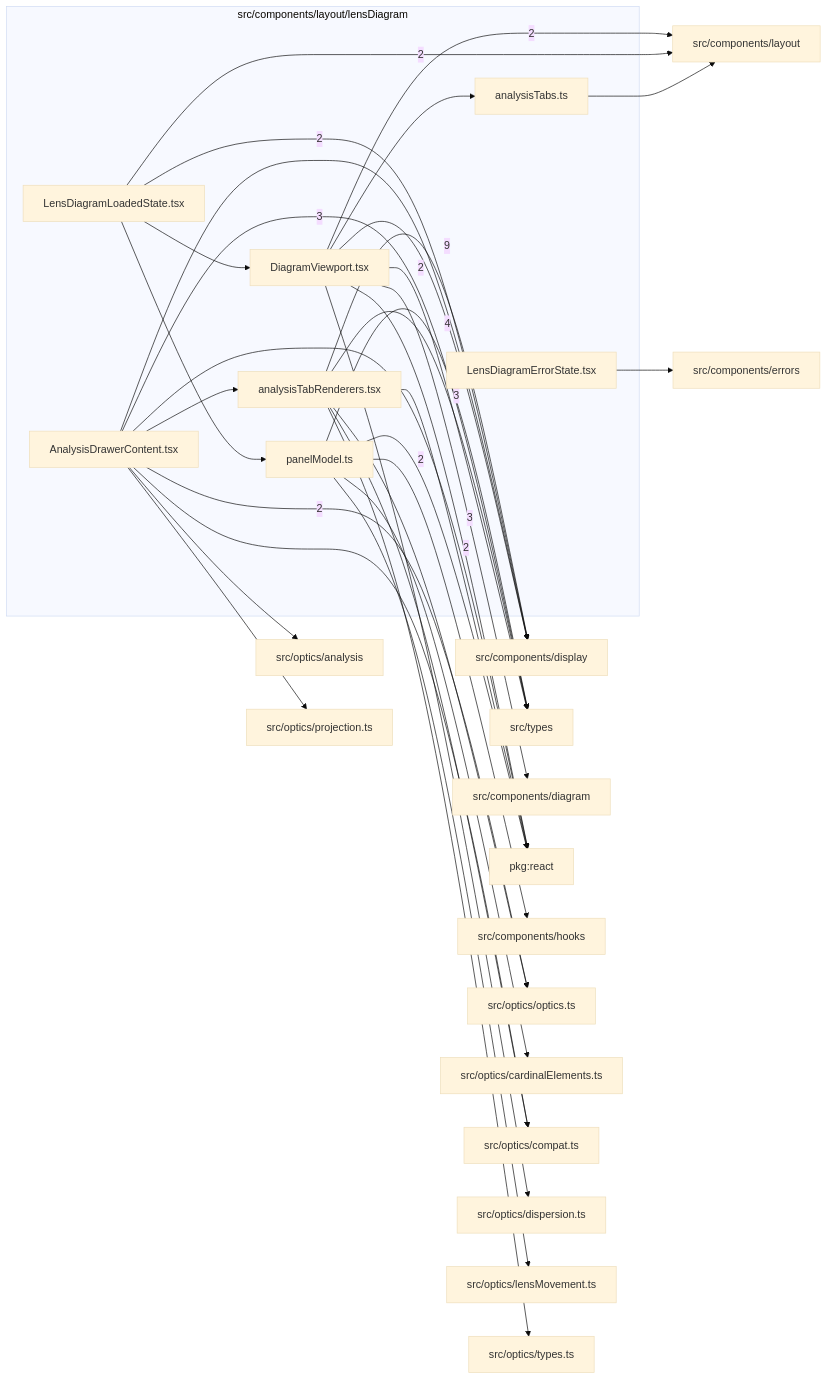
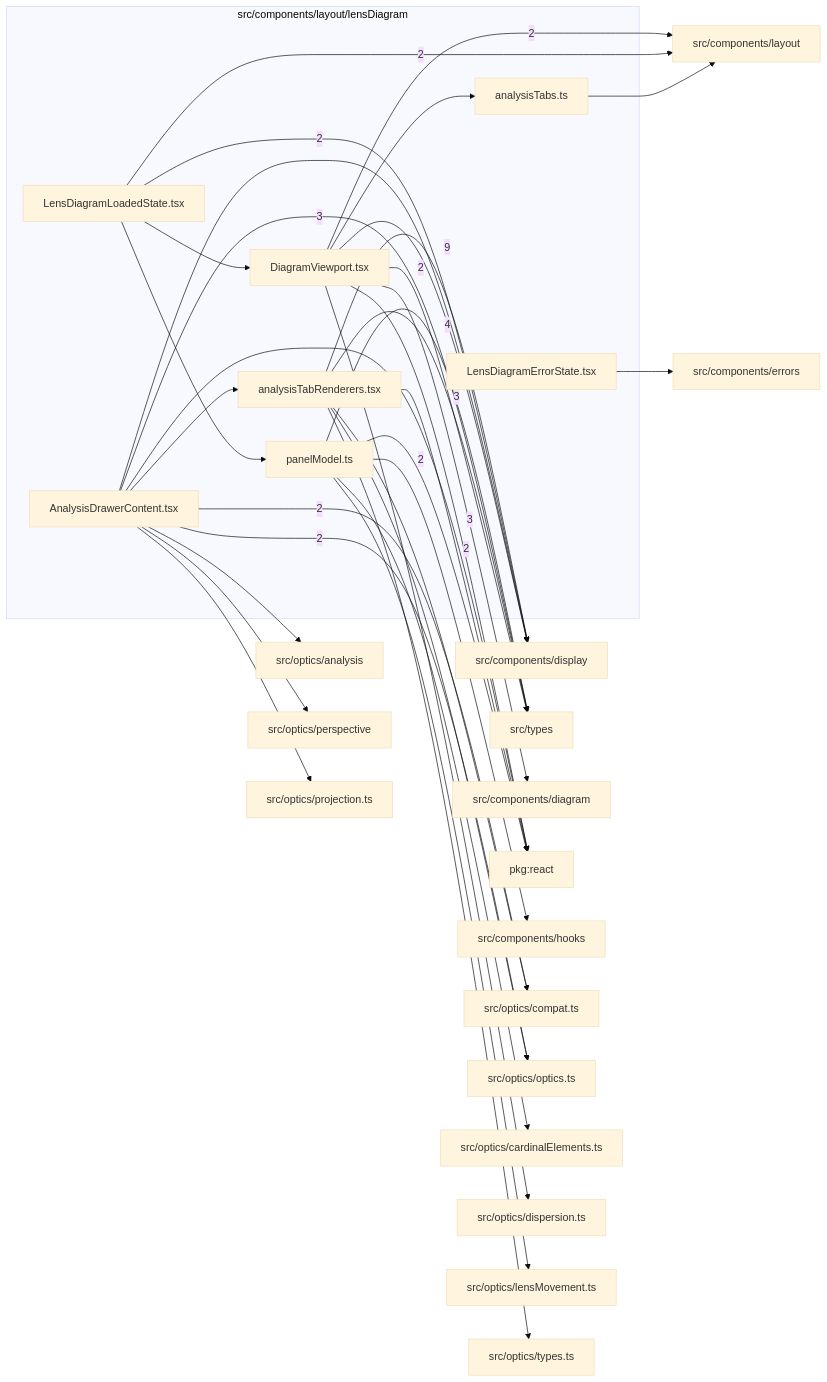
The diagram in src/components/layout/lensDiagram/readme.md (ronbuening/LensVisualizer), drawn with Mermaid (base theme) before and after one commit. The commit also changed other lines of this file and 155 other files, not shown here.

````diff
--- a/src/components/layout/lensDiagram/readme.md
+++ b/src/components/layout/lensDiagram/readme.md
@@ -9,59 +9,61 @@
 ```mermaid
 flowchart LR
   subgraph n_src_components_layout_lensDiagram["src/components/layout/lensDiagram"]
     n_src_components_layout_lensDiagram_src_components_layout_lensDiagram_AnalysisDrawerContent_tsx["AnalysisDrawerContent.tsx"]
     n_src_components_layout_lensDiagram_src_components_layout_lensDiagram_analysisTabRenderers_tsx["analysisTabRenderers.tsx"]
     n_src_components_layout_lensDiagram_src_components_layout_lensDiagram_analysisTabs_ts["analysisTabs.ts"]
     n_src_components_layout_lensDiagram_src_components_layout_lensDiagram_DiagramViewport_tsx["DiagramViewport.tsx"]
     n_src_components_layout_lensDiagram_src_components_layout_lensDiagram_LensDiagramErrorState_tsx["LensDiagramErrorState.tsx"]
     n_src_components_layout_lensDiagram_src_components_layout_lensDiagram_LensDiagramLoadedState_tsx["LensDiagramLoadedState.tsx"]
     n_src_components_layout_lensDiagram_src_components_layout_lensDiagram_panelModel_ts["panelModel.ts"]
   end
   n_external_src_components_display["src/components/display"]
   n_external_src_types["src/types"]
   n_external_src_components_diagram["src/components/diagram"]
   n_external_pkg_react["pkg:react"]
   n_external_src_components_hooks["src/components/hooks"]
   n_external_src_components_layout["src/components/layout"]
+  n_external_src_optics_compat_ts["src/optics/compat.ts"]
   n_external_src_optics_optics_ts["src/optics/optics.ts"]
   n_external_src_components_errors["src/components/errors"]
   n_external_src_optics_analysis["src/optics/analysis"]
   n_external_src_optics_cardinalElements_ts["src/optics/cardinalElements.ts"]
-  n_external_src_optics_compat_ts["src/optics/compat.ts"]
   n_external_src_optics_dispersion_ts["src/optics/dispersion.ts"]
   n_external_src_optics_lensMovement_ts["src/optics/lensMovement.ts"]
+  n_external_src_optics_perspective["src/optics/perspective"]
   n_external_src_optics_projection_ts["src/optics/projection.ts"]
   n_external_src_optics_types_ts["src/optics/types.ts"]
   n_src_components_layout_lensDiagram_src_components_layout_lensDiagram_analysisTabRenderers_tsx --> |9| n_external_src_components_display
   n_src_components_layout_lensDiagram_src_components_layout_lensDiagram_panelModel_ts --> |4| n_external_src_types
   n_src_components_layout_lensDiagram_src_components_layout_lensDiagram_DiagramViewport_tsx --> |3| n_external_src_components_diagram
   n_src_components_layout_lensDiagram_src_components_layout_lensDiagram_AnalysisDrawerContent_tsx --> |3| n_external_src_types
   n_src_components_layout_lensDiagram_src_components_layout_lensDiagram_analysisTabRenderers_tsx --> |3| n_external_src_types
   n_src_components_layout_lensDiagram_src_components_layout_lensDiagram_DiagramViewport_tsx --> |2| n_external_pkg_react
   n_src_components_layout_lensDiagram_src_components_layout_lensDiagram_LensDiagramLoadedState_tsx --> |2| n_external_src_components_display
   n_src_components_layout_lensDiagram_src_components_layout_lensDiagram_panelModel_ts --> |2| n_external_src_components_hooks
   n_src_components_layout_lensDiagram_src_components_layout_lensDiagram_DiagramViewport_tsx --> |2| n_external_src_components_layout
   n_src_components_layout_lensDiagram_src_components_layout_lensDiagram_LensDiagramLoadedState_tsx --> |2| n_external_src_components_layout
+  n_src_components_layout_lensDiagram_src_components_layout_lensDiagram_AnalysisDrawerContent_tsx --> |2| n_external_src_optics_compat_ts
   n_src_components_layout_lensDiagram_src_components_layout_lensDiagram_AnalysisDrawerContent_tsx --> |2| n_external_src_optics_optics_ts
   n_src_components_layout_lensDiagram_src_components_layout_lensDiagram_DiagramViewport_tsx --> |2| n_external_src_types
   n_src_components_layout_lensDiagram_src_components_layout_lensDiagram_AnalysisDrawerContent_tsx --> n_external_pkg_react
   n_src_components_layout_lensDiagram_src_components_layout_lensDiagram_analysisTabRenderers_tsx --> n_external_pkg_react
   n_src_components_layout_lensDiagram_src_components_layout_lensDiagram_panelModel_ts --> n_external_pkg_react
   n_src_components_layout_lensDiagram_src_components_layout_lensDiagram_AnalysisDrawerContent_tsx --> n_external_src_components_display
   n_src_components_layout_lensDiagram_src_components_layout_lensDiagram_DiagramViewport_tsx --> n_external_src_components_display
   n_src_components_layout_lensDiagram_src_components_layout_lensDiagram_LensDiagramErrorState_tsx --> n_external_src_components_errors
   n_src_components_layout_lensDiagram_src_components_layout_lensDiagram_analysisTabs_ts --> n_external_src_components_layout
   n_src_components_layout_lensDiagram_src_components_layout_lensDiagram_AnalysisDrawerContent_tsx --> n_external_src_optics_analysis
   n_src_components_layout_lensDiagram_src_components_layout_lensDiagram_panelModel_ts --> n_external_src_optics_cardinalElements_ts
-  n_src_components_layout_lensDiagram_src_components_layout_lensDiagram_AnalysisDrawerContent_tsx --> n_external_src_optics_compat_ts
   n_src_components_layout_lensDiagram_src_components_layout_lensDiagram_analysisTabRenderers_tsx --> n_external_src_optics_compat_ts
   n_src_components_layout_lensDiagram_src_components_layout_lensDiagram_DiagramViewport_tsx --> n_external_src_optics_dispersion_ts
   n_src_components_layout_lensDiagram_src_components_layout_lensDiagram_panelModel_ts --> n_external_src_optics_lensMovement_ts
   n_src_components_layout_lensDiagram_src_components_layout_lensDiagram_analysisTabRenderers_tsx --> n_external_src_optics_optics_ts
+  n_src_components_layout_lensDiagram_src_components_layout_lensDiagram_AnalysisDrawerContent_tsx --> n_external_src_optics_perspective
   n_src_components_layout_lensDiagram_src_components_layout_lensDiagram_AnalysisDrawerContent_tsx --> n_external_src_optics_projection_ts
   n_src_components_layout_lensDiagram_src_components_layout_lensDiagram_analysisTabRenderers_tsx --> n_external_src_optics_types_ts
   n_src_components_layout_lensDiagram_src_components_layout_lensDiagram_AnalysisDrawerContent_tsx --> n_src_components_layout_lensDiagram_src_components_layout_lensDiagram_analysisTabRenderers_tsx
   n_src_components_layout_lensDiagram_src_components_layout_lensDiagram_DiagramViewport_tsx --> n_src_components_layout_lensDiagram_src_components_layout_lensDiagram_analysisTabs_ts
   n_src_components_layout_lensDiagram_src_components_layout_lensDiagram_LensDiagramLoadedState_tsx --> n_src_components_layout_lensDiagram_src_components_layout_lensDiagram_DiagramViewport_tsx
   n_src_components_layout_lensDiagram_src_components_layout_lensDiagram_LensDiagramLoadedState_tsx --> n_src_components_layout_lensDiagram_src_components_layout_lensDiagram_panelModel_ts
 ```
````
